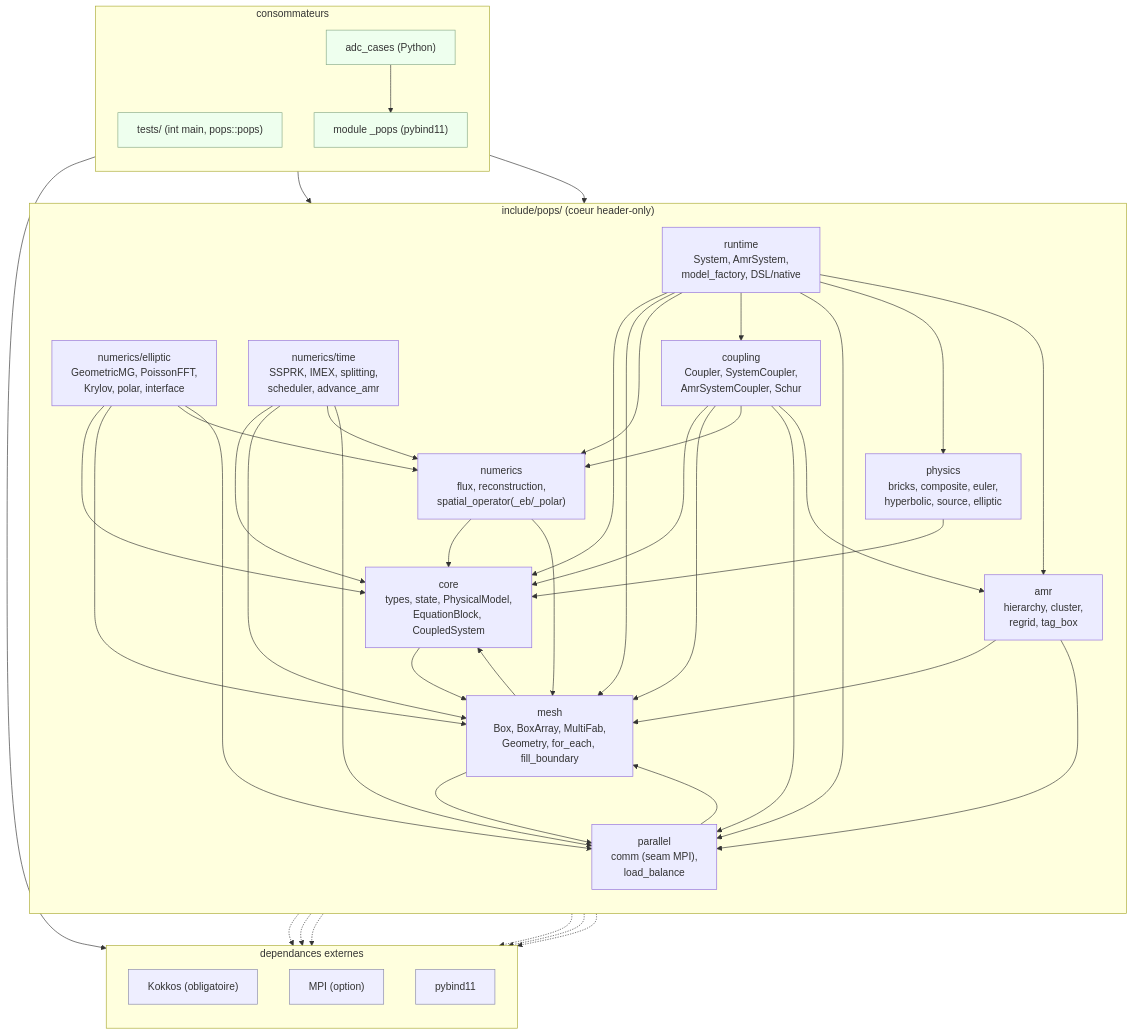
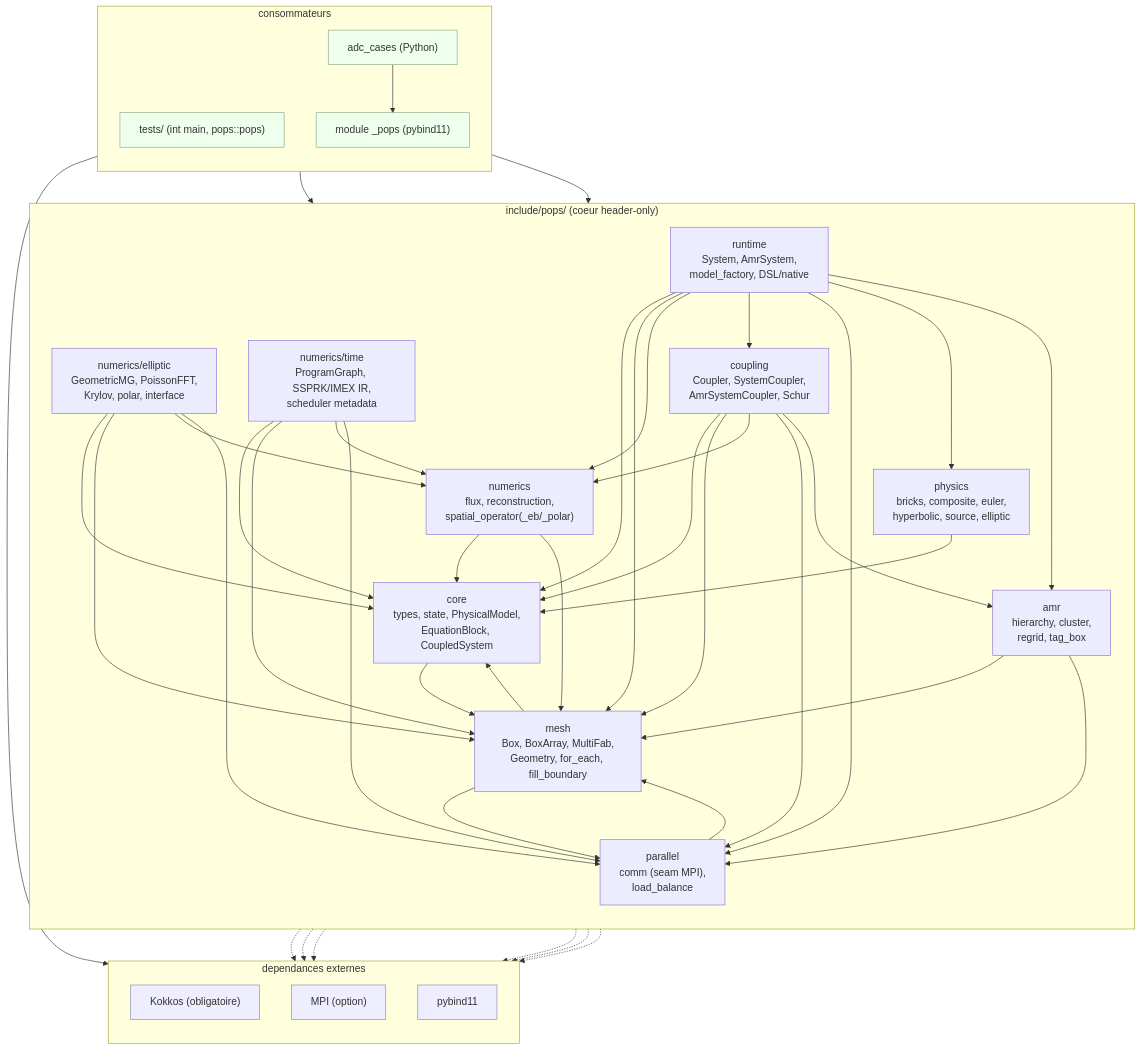
The first of 4 diagrams in docs/ARCHITECTURE.md (wolf75222/PoPS), drawn with Mermaid before and after one commit. The commit also changed other lines of this file and 126 other files, not shown here.

Commit message:
Complete Program-only AMR cadence and restart contracts

````diff
--- a/docs/ARCHITECTURE.md
+++ b/docs/ARCHITECTURE.md
@@ -44,80 +44,80 @@
 ```mermaid
 flowchart TD
   subgraph pops["include/pops/ (coeur header-only)"]
     direction TB
     core["core<br/>types, state, PhysicalModel,<br/>EquationBlock, CoupledSystem"]
     physics["physics<br/>bricks, composite, euler,<br/>hyperbolic, source, elliptic"]
     mesh["mesh<br/>Box, BoxArray, MultiFab,<br/>Geometry, for_each, fill_boundary"]
     parallel["parallel<br/>comm (seam MPI),<br/>load_balance"]
     numerics["numerics<br/>flux, reconstruction,<br/>spatial_operator(_eb/_polar)"]
     elliptic["numerics/elliptic<br/>GeometricMG, PoissonFFT,<br/>Krylov, polar, interface"]
-    timed["numerics/time<br/>SSPRK, IMEX, splitting,<br/>scheduler, advance_amr"]
+    timed["numerics/time<br/>ProgramGraph, SSPRK/IMEX IR,<br/>scheduler metadata"]
     amr["amr<br/>hierarchy, cluster,<br/>regrid, tag_box"]
     coupling["coupling<br/>Coupler, SystemCoupler,<br/>AmrSystemCoupler, Schur"]
     runtime["runtime<br/>System, AmrSystem,<br/>model_factory, DSL/native"]
   end
 
   subgraph ext["dependances externes"]
     direction TB
     kokkos["Kokkos (obligatoire)"]
     mpi["MPI (option)"]
     pybind["pybind11"]
   end
 
   subgraph cons["consommateurs"]
     direction TB
     tests["tests/ (int main, pops::pops)"]
     pymod["module _pops (pybind11)"]
     cases["adc_cases (Python)"]
   end
 
   %% dependances internes (inclusions reelles)
   mesh --> core
   mesh --> parallel
   parallel --> mesh
   physics --> core
   core --> mesh
   numerics --> core
   numerics --> mesh
   elliptic --> core
   elliptic --> mesh
   elliptic --> numerics
   elliptic --> parallel
   timed --> core
   timed --> mesh
   timed --> numerics
   timed --> parallel
   amr --> mesh
   amr --> parallel
   coupling --> core
   coupling --> mesh
   coupling --> numerics
   coupling --> parallel
   coupling --> amr
   runtime --> core
   runtime --> mesh
   runtime --> numerics
   runtime --> coupling
   runtime --> parallel
   runtime --> physics
   runtime --> amr
 
   %% dependances externes (seams confinees)
   mesh -.-> kokkos
   core -.-> kokkos
   numerics -.-> kokkos
   parallel -.-> mpi
   mesh -.-> mpi
   elliptic -.-> mpi
 
   %% consommateurs
   tests --> runtime
   pymod --> runtime
   pymod --> pybind
   cases --> pymod
 
   classDef extcls fill:#eef,stroke:#88a;
   classDef conscls fill:#efe,stroke:#8a8;
   class kokkos,mpi,pybind extcls;
   class tests,pymod,cases conscls;
 ```
````
